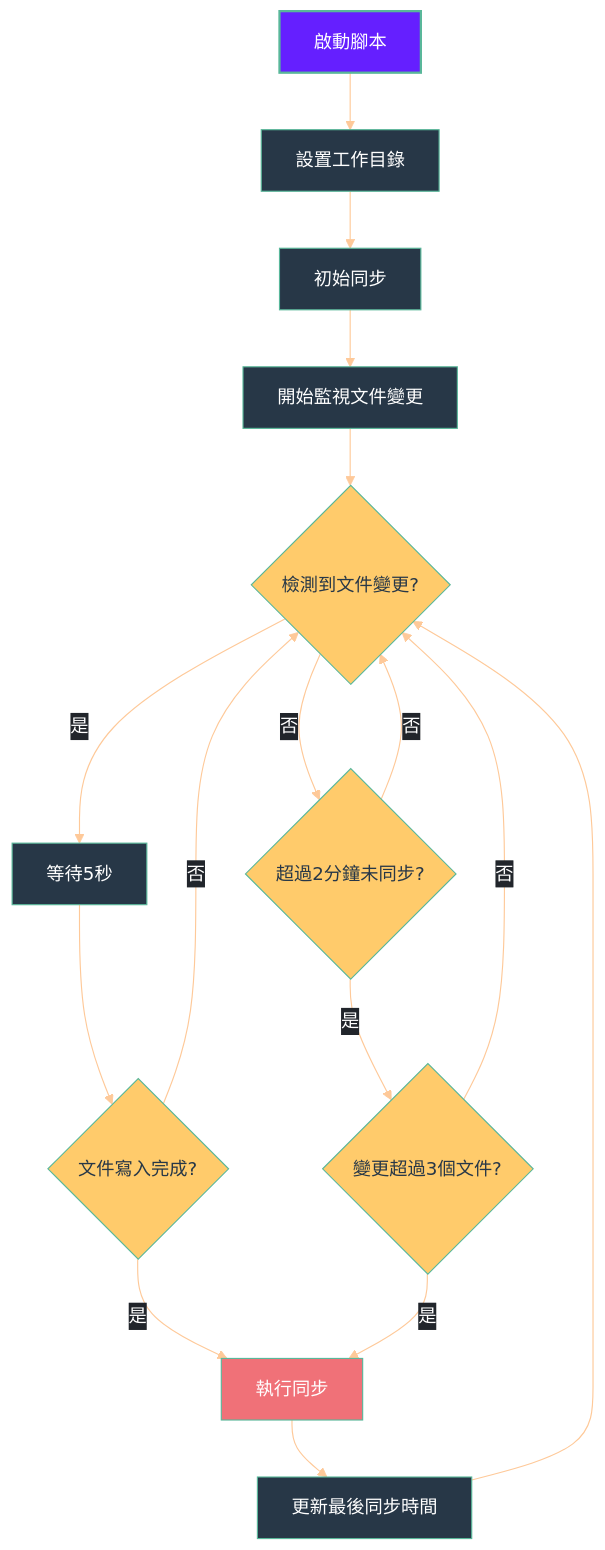
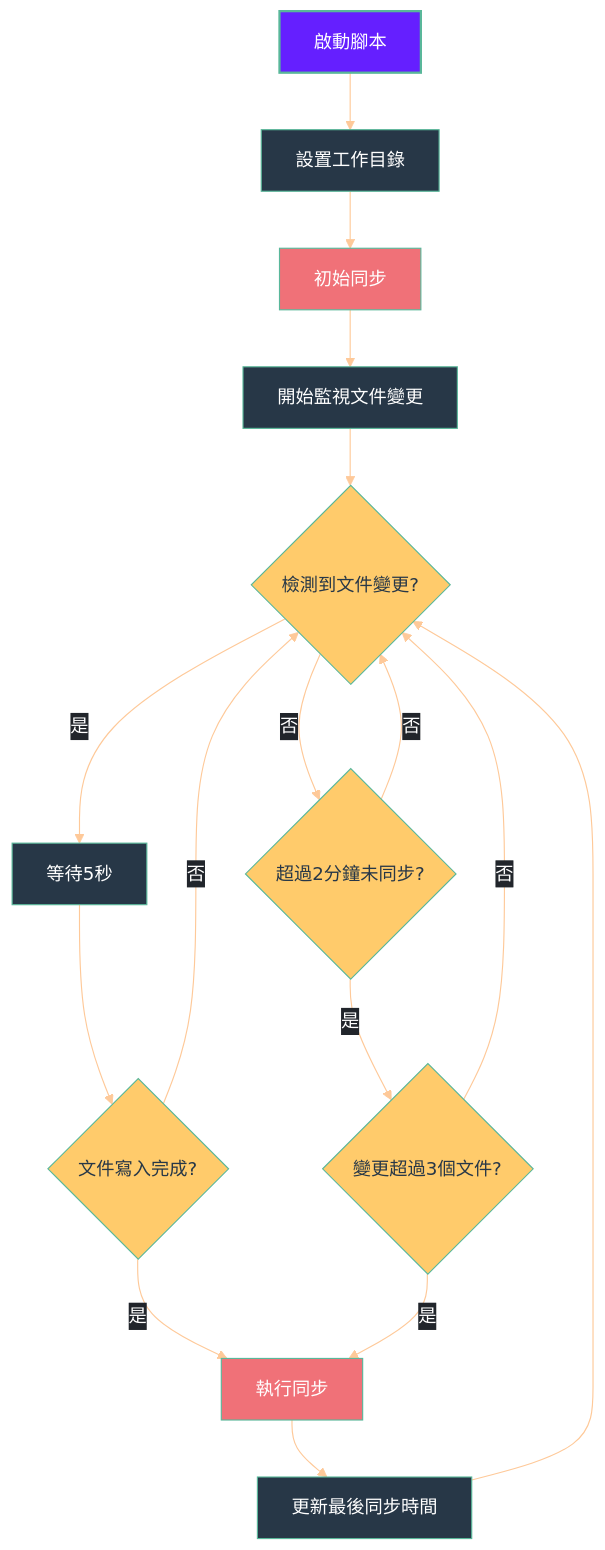
One commit to GengGeng026/Sync-Logseq changed the second of 2 diagrams in Logseq同步方案演進記錄.md. Above: the diagram before and after it, drawn with Mermaid.

Commit message:
Auto-sync: Wed Mar 26 10:25:20 +08 2025

````diff
--- a/Logseq同步方案演進記錄.md
+++ b/Logseq同步方案演進記錄.md
@@ -375,53 +375,53 @@
 ```mermaid
 %%{init: {
   'theme': 'base', 
   'themeVariables': {
     'primaryColor': '#19E9D9',
     'primaryTextColor': '#FFFFFF',
     'primaryBorderColor': '#59B79A',
     'lineColor': '#FEC999',
     'secondaryColor': '#FFCB6B',
     'tertiaryColor': '#F07178',
     'background': 'transparent',
     'textColor': '#EEFFFF',
     'mainBkg': '#273747',
     'nodeBorder': '#59B79A',
     'clusterBkg': 'transparent',
     'edgeLabelBackground': '#21252B'
   },
   'flowchart': {
     'curve': 'basis',
     'nodeSpacing': 50,
     'rankSpacing': 50,
     'padding': 15
   }
 }}%%
 flowchart TD
     %% 節點樣式優化
     classDef start fill:#651FFF,stroke:#59B79A,color:#FFFFFF,stroke-width:2px;
     classDef process fill:#19E9D,stroke:#59B79A,color:#FFFFFF,stroke-width:1px;
     classDef condition fill:#FFCB6B,stroke:#59B79A,color:#273747,stroke-width:1px,shape:diamond;
     classDef action fill:#F07178,stroke:#59B79A,color:#FFFFFF,stroke-width:1px;
     
     A[啟動腳本] --> B[設置工作目錄]
     B --> C[初始同步]
     C --> D[開始監視文件變更]
     D --> E{檢測到文件變更?}
     E -->|是| F[等待5秒]
     F --> G{文件寫入完成?}
     G -->|是| H[執行同步]
     G -->|否| E
     E -->|否| I{超過2分鐘未同步?}
     I -->|是| J{變更超過3個文件?}
     J -->|是| H
     J -->|否| E
     I -->|否| E
     H --> K[更新最後同步時間]
     K --> E
     
     %% 應用樣式
     class A start;
     class B,D,F,K process;
-    class H action;
+    class C,H action;
     class E,G,I,J condition;
 ```
````
